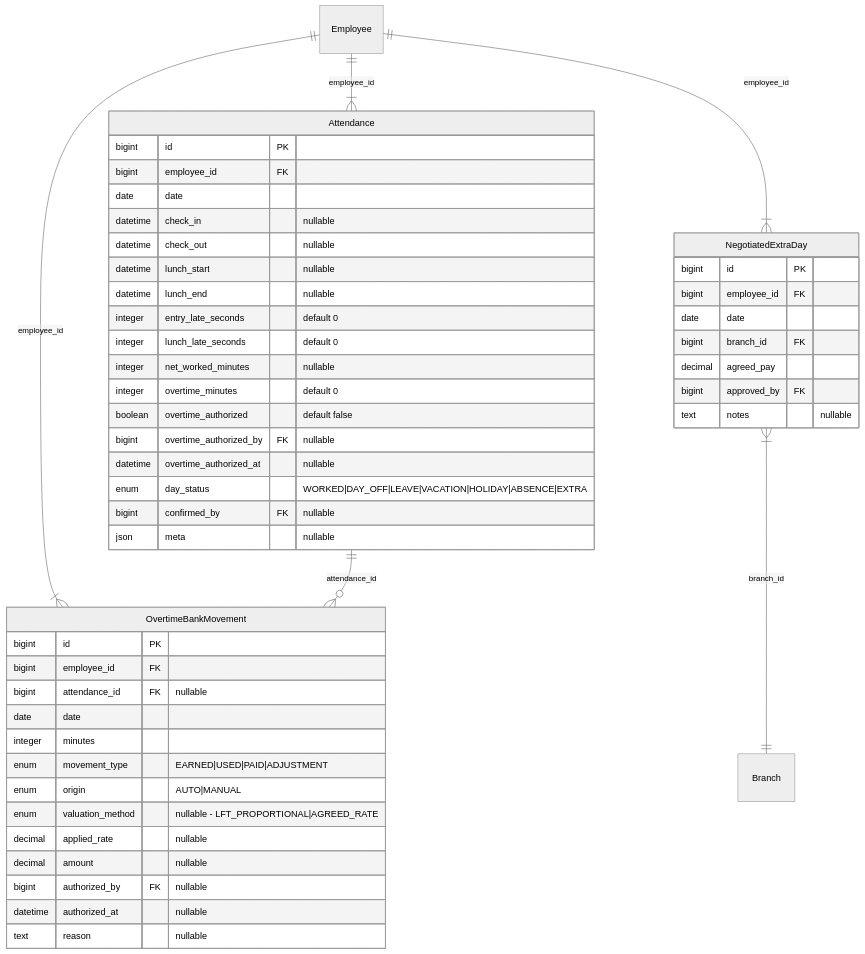
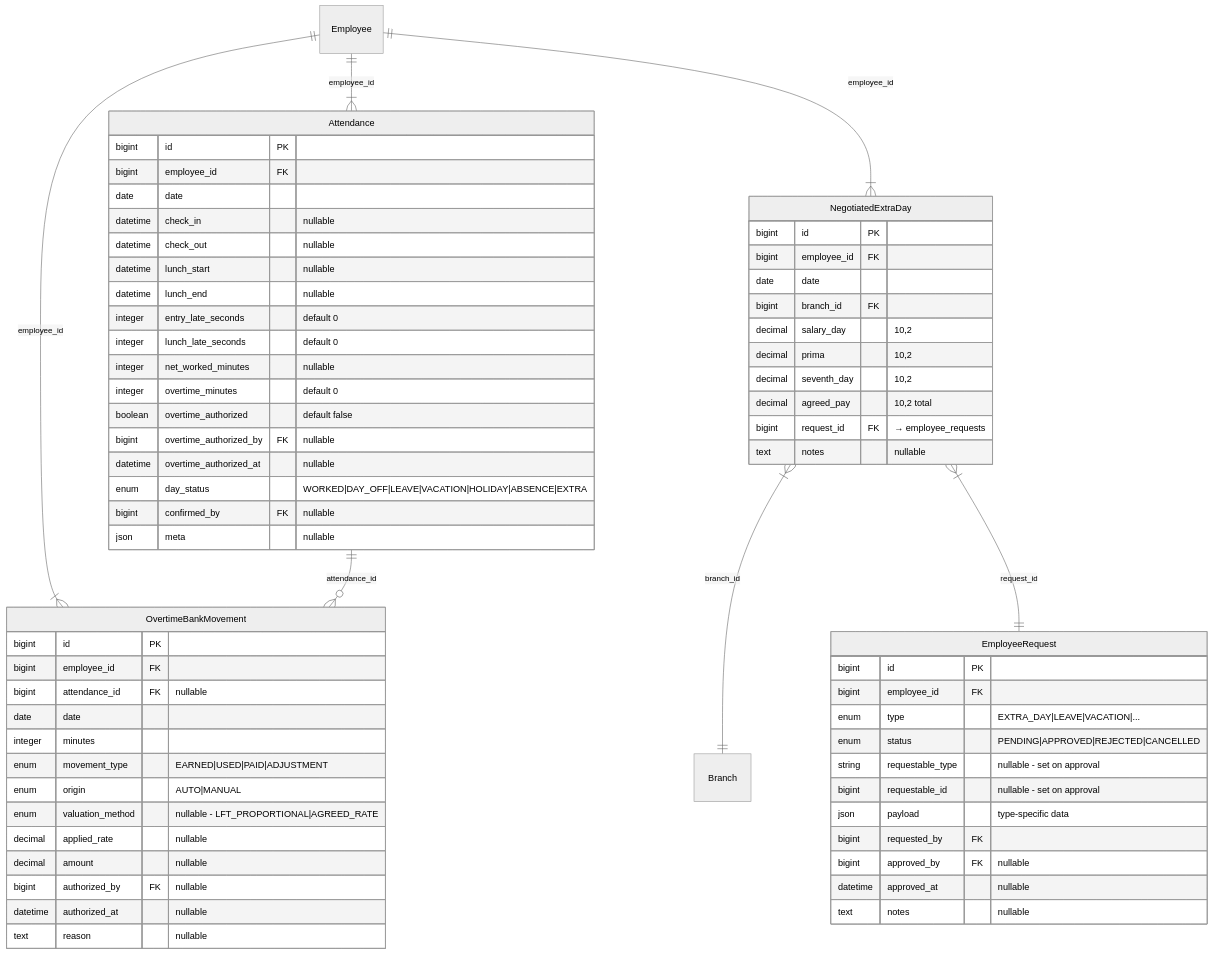
The second of 20 diagrams in doc/modules/attendance-payroll/attendance-payroll-domain-model.en.md (pakodiazdev/sushigo), drawn with Mermaid (neutral theme) before and after one commit. The commit also changed other lines of this file and 6 other files, not shown here.

First line of the commit message:
📚 [#126] - Pivot EmployeeRequest: domain model v1.1 + tasks #126 #127 📋

````diff
--- a/doc/modules/attendance-payroll/attendance-payroll-domain-model.en.md
+++ b/doc/modules/attendance-payroll/attendance-payroll-domain-model.en.md
@@ -132,56 +136,74 @@
 ```mermaid
 erDiagram
     Employee ||--|{ Attendance : "employee_id"
     Employee ||--|{ NegotiatedExtraDay : "employee_id"
     Employee ||--|{ OvertimeBankMovement : "employee_id"
 
     Attendance ||--o{ OvertimeBankMovement : "attendance_id"
 
     NegotiatedExtraDay }|--|| Branch : "branch_id"
+    NegotiatedExtraDay }|--|| EmployeeRequest : "request_id"
 
     Attendance {
         bigint id PK
         bigint employee_id FK
         date date
         datetime check_in "nullable"
         datetime check_out "nullable"
         datetime lunch_start "nullable"
         datetime lunch_end "nullable"
         integer entry_late_seconds "default 0"
         integer lunch_late_seconds "default 0"
         integer net_worked_minutes "nullable"
         integer overtime_minutes "default 0"
         boolean overtime_authorized "default false"
         bigint overtime_authorized_by FK "nullable"
         datetime overtime_authorized_at "nullable"
         enum day_status "WORKED|DAY_OFF|LEAVE|VACATION|HOLIDAY|ABSENCE|EXTRA"
         bigint confirmed_by FK "nullable"
         json meta "nullable"
     }
 
     NegotiatedExtraDay {
         bigint id PK
         bigint employee_id FK
         date date
         bigint branch_id FK
-        decimal agreed_pay
-        bigint approved_by FK
+        decimal salary_day "10,2"
+        decimal prima "10,2"
+        decimal seventh_day "10,2"
+        decimal agreed_pay "10,2 total"
+        bigint request_id FK "→ employee_requests"
+        text notes "nullable"
+    }
+
+    EmployeeRequest {
+        bigint id PK
+        bigint employee_id FK
+        enum type "EXTRA_DAY|LEAVE|VACATION|..."
+        enum status "PENDING|APPROVED|REJECTED|CANCELLED"
+        string requestable_type "nullable - set on approval"
+        bigint requestable_id "nullable - set on approval"
+        json payload "type-specific data"
+        bigint requested_by FK
+        bigint approved_by FK "nullable"
+        datetime approved_at "nullable"
         text notes "nullable"
     }
 
     OvertimeBankMovement {
         bigint id PK
         bigint employee_id FK
         bigint attendance_id FK "nullable"
         date date
         integer minutes
         enum movement_type "EARNED|USED|PAID|ADJUSTMENT"
         enum origin "AUTO|MANUAL"
         enum valuation_method "nullable - LFT_PROPORTIONAL|AGREED_RATE"
         decimal applied_rate "nullable"
         decimal amount "nullable"
         bigint authorized_by FK "nullable"
         datetime authorized_at "nullable"
         text reason "nullable"
     }
 ```
````
